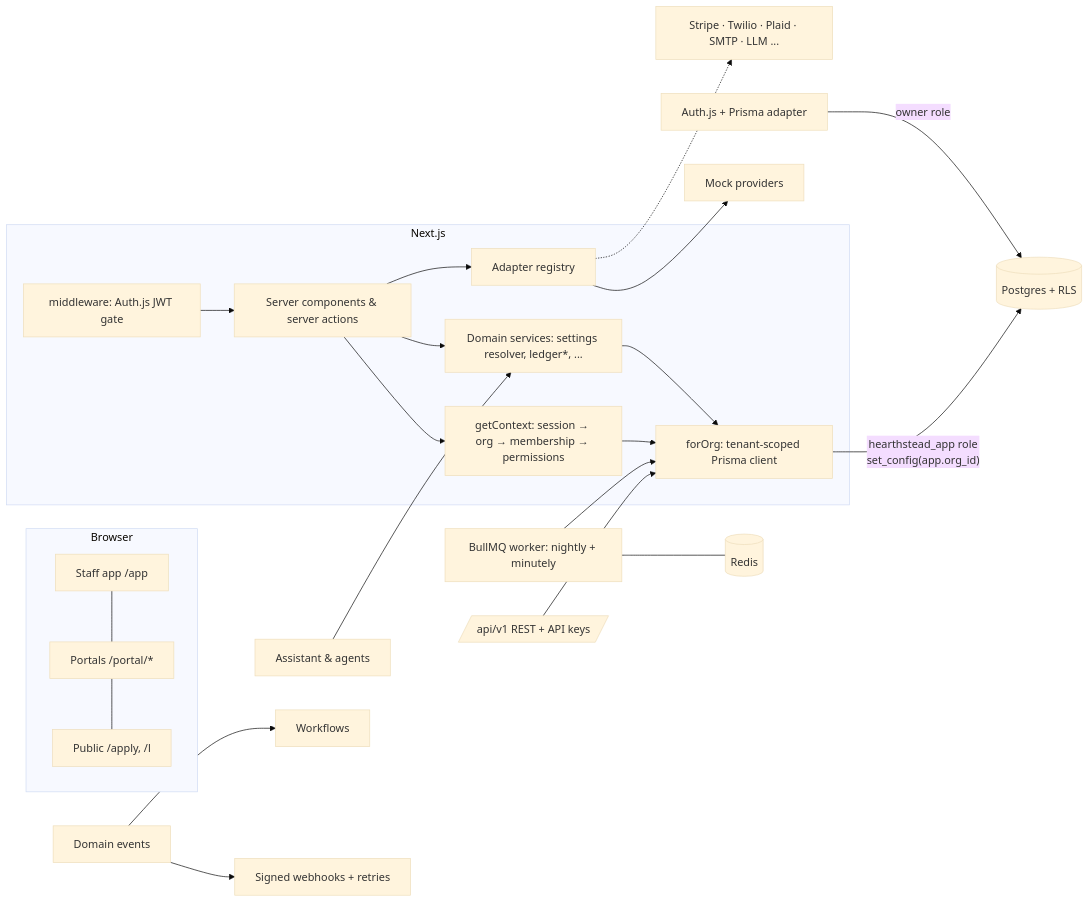
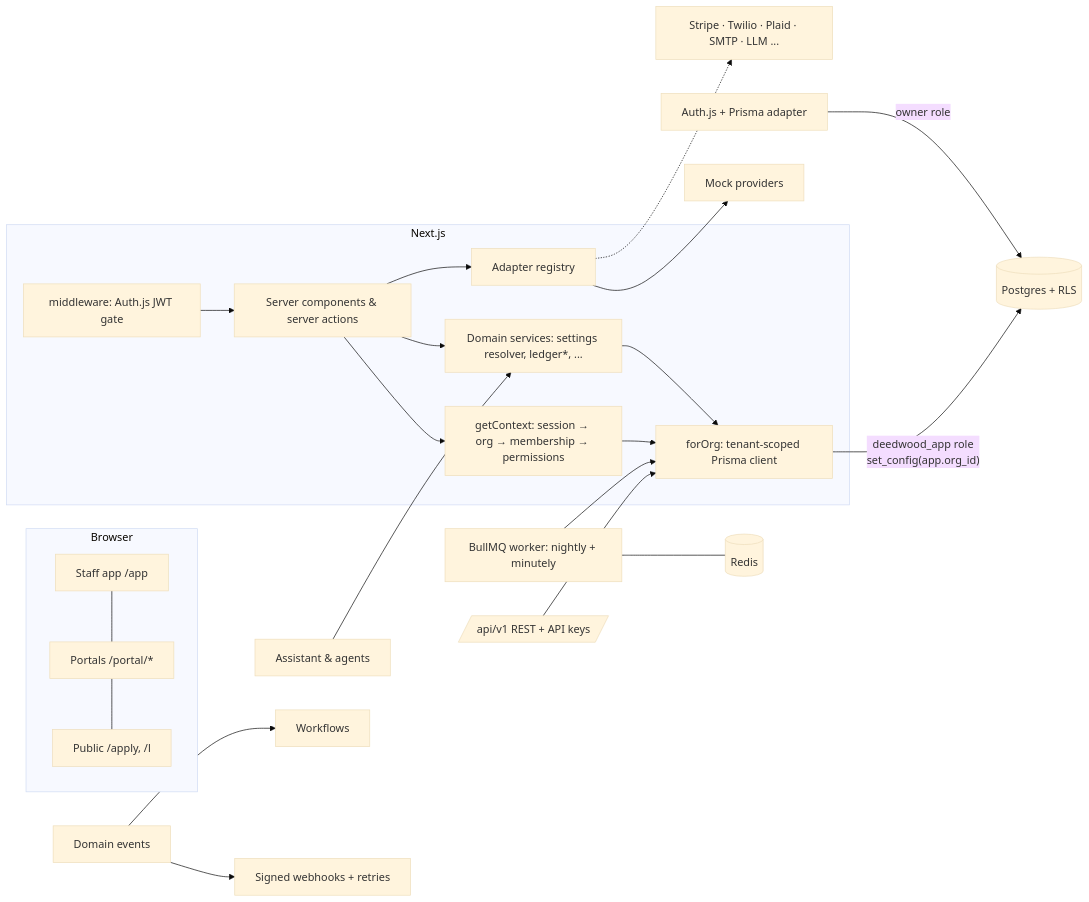
One commit to PicassoPepe/hearthstead changed the diagram in README.md. Above: the diagram before and after it, drawn with Mermaid (base theme). The commit also changed other lines of this file and 36 other files, not shown here.

First line of the commit message:
Rename the app to DeedWood (UI, emails, API key prefix dw_, webhook headers, database role)

````diff
--- a/README.md
+++ b/README.md
@@ -112,25 +112,25 @@
 ```mermaid
 flowchart LR
   subgraph Browser
     A[Staff app /app] --- P[Portals /portal/*]
     P --- X[Public /apply, /l]
   end
   subgraph Next.js
     MW[middleware: Auth.js JWT gate] --> RSC[Server components & server actions]
     RSC --> CTX[getContext: session → org → membership → permissions]
     CTX --> DAL[forOrg: tenant-scoped Prisma client]
     RSC --> SVC[Domain services: settings resolver, ledger*, ...]
     SVC --> DAL
     RSC --> ADP[Adapter registry]
   end
-  DAL -->|"hearthstead_app role\nset_config(app.org_id)"| PG[(Postgres + RLS)]
+  DAL -->|"deedwood_app role\nset_config(app.org_id)"| PG[(Postgres + RLS)]
   AUTH[Auth.js + Prisma adapter] -->|owner role| PG
   ADP --> MOCK[Mock providers]
   ADP -.-> REAL[Stripe · Twilio · Plaid · SMTP · LLM ...]
   JOBS[BullMQ worker: nightly + minutely] --> DAL
   JOBS --- R[(Redis)]
   API[/api/v1 REST + API keys/] --> DAL
   EV[Domain events] --> WH[Signed webhooks + retries]
   EV --> WF[Workflows]
   AI[Assistant & agents] --> SVC
 ```
````
